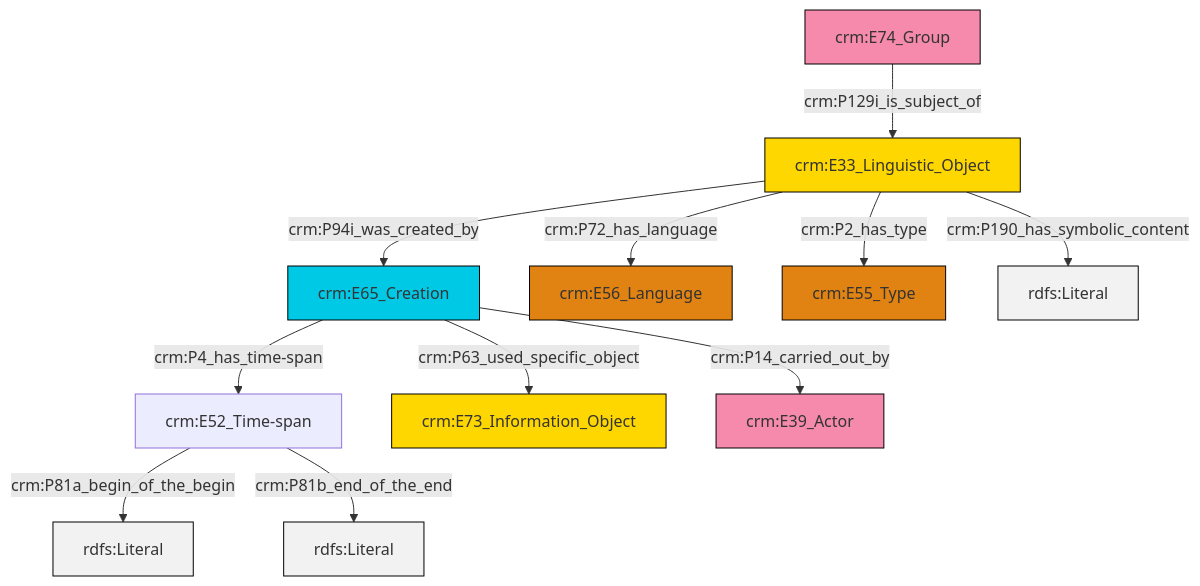
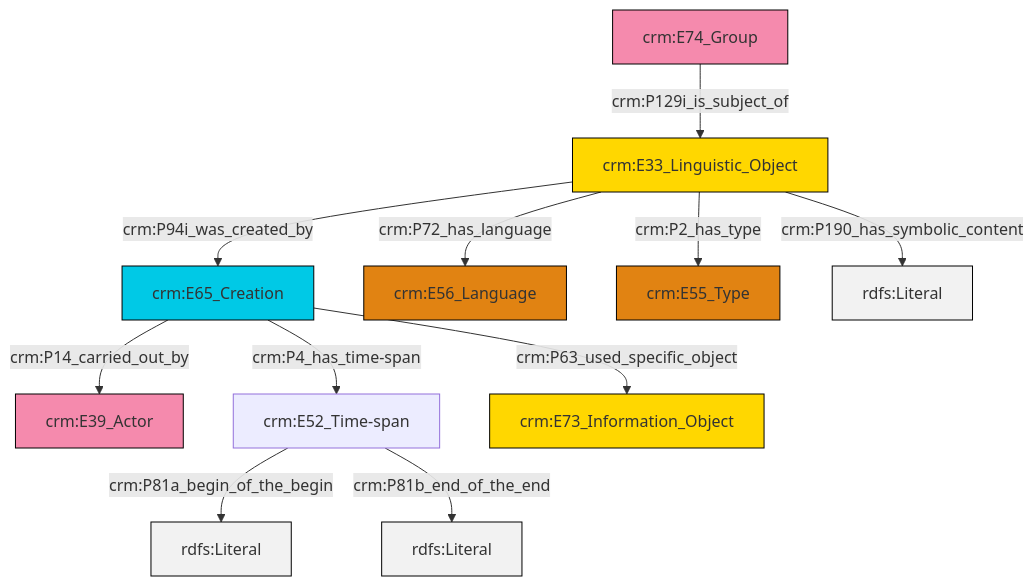
The diagram in et/groupCSV/ttl/mmd/group_description.ttl.mmd (swiss-art-research-net/reference-data-models), drawn with Mermaid before and after one commit. The commit also changed 123 other files, not shown here.

```diff
--- a/et/groupCSV/ttl/mmd/group_description.ttl.mmd
+++ b/et/groupCSV/ttl/mmd/group_description.ttl.mmd
@@ -1,25 +1,25 @@
 graph TD
 classDef Literal fill:#f2f2f2,stroke:#000000;
 classDef CRM_Entity fill:#FFFFFF,stroke:#000000;
 classDef Temporal_Entity fill:#00C9E6, stroke:#000000;
 classDef Type fill:#E18312, stroke:#000000;
 classDef Time-Span fill:#2C9C91, stroke:#000000;
 classDef Appellation fill:#FFEB7F, stroke:#000000;
 classDef Place fill:#008836, stroke:#000000;
 classDef Persistent_Item fill:#B266B2, stroke:#000000;
 classDef Conceptual_Object fill:#FFD700, stroke:#000000;
 classDef Physical_Thing fill:#D2B48C, stroke:#000000;
 classDef Actor fill:#f58aad, stroke:#000000;
 classDef PC_Classes fill:#4ce600, stroke:#000000;
 classDef Multi fill:#cccccc,stroke:#000000;
 
-2["crm:E65_Creation"]:::Temporal_Entity -->|crm:P4_has_time-span| 0["crm:E52_Time-span"]:::Default
-3["crm:E33_Linguistic_Object"]:::Conceptual_Object -->|crm:P72_has_language| 4["crm:E56_Language"]:::Type
-0["crm:E52_Time-span"]:::Default -->|crm:P81a_begin_of_the_begin| 5[rdfs:Literal]:::Literal
-2["crm:E65_Creation"]:::Temporal_Entity -->|crm:P63_used_specific_object| 6["crm:E73_Information_Object"]:::Conceptual_Object
-3["crm:E33_Linguistic_Object"]:::Conceptual_Object -->|crm:P94i_was_created_by| 2["crm:E65_Creation"]:::Temporal_Entity
-3["crm:E33_Linguistic_Object"]:::Conceptual_Object -->|crm:P2_has_type| 8["crm:E55_Type"]:::Type
-12["crm:E74_Group"]:::Actor -->|crm:P129i_is_subject_of| 3["crm:E33_Linguistic_Object"]:::Conceptual_Object
-3["crm:E33_Linguistic_Object"]:::Conceptual_Object -->|crm:P190_has_symbolic_content| 13[rdfs:Literal]:::Literal
-0["crm:E52_Time-span"]:::Default -->|crm:P81b_end_of_the_end| 14[rdfs:Literal]:::Literal
-2["crm:E65_Creation"]:::Temporal_Entity -->|crm:P14_carried_out_by| 10["crm:E39_Actor"]:::Actor
+4["crm:E65_Creation"]:::Temporal_Entity -->|crm:P14_carried_out_by| 0["crm:E39_Actor"]:::Actor
+10["crm:E33_Linguistic_Object"]:::Conceptual_Object -->|crm:P72_has_language| 11["crm:E56_Language"]:::Type
+4["crm:E65_Creation"]:::Temporal_Entity -->|crm:P4_has_time-span| 6["crm:E52_Time-span"]:::Default
+6["crm:E52_Time-span"]:::Default -->|crm:P81a_begin_of_the_begin| 14[rdfs:Literal]:::Literal
+10["crm:E33_Linguistic_Object"]:::Conceptual_Object -->|crm:P94i_was_created_by| 4["crm:E65_Creation"]:::Temporal_Entity
+10["crm:E33_Linguistic_Object"]:::Conceptual_Object -->|crm:P190_has_symbolic_content| 17[rdfs:Literal]:::Literal
+2["crm:E74_Group"]:::Actor -->|crm:P129i_is_subject_of| 10["crm:E33_Linguistic_Object"]:::Conceptual_Object
+6["crm:E52_Time-span"]:::Default -->|crm:P81b_end_of_the_end| 18[rdfs:Literal]:::Literal
+10["crm:E33_Linguistic_Object"]:::Conceptual_Object -->|crm:P2_has_type| 15["crm:E55_Type"]:::Type
+4["crm:E65_Creation"]:::Temporal_Entity -->|crm:P63_used_specific_object| 8["crm:E73_Information_Object"]:::Conceptual_Object
```
